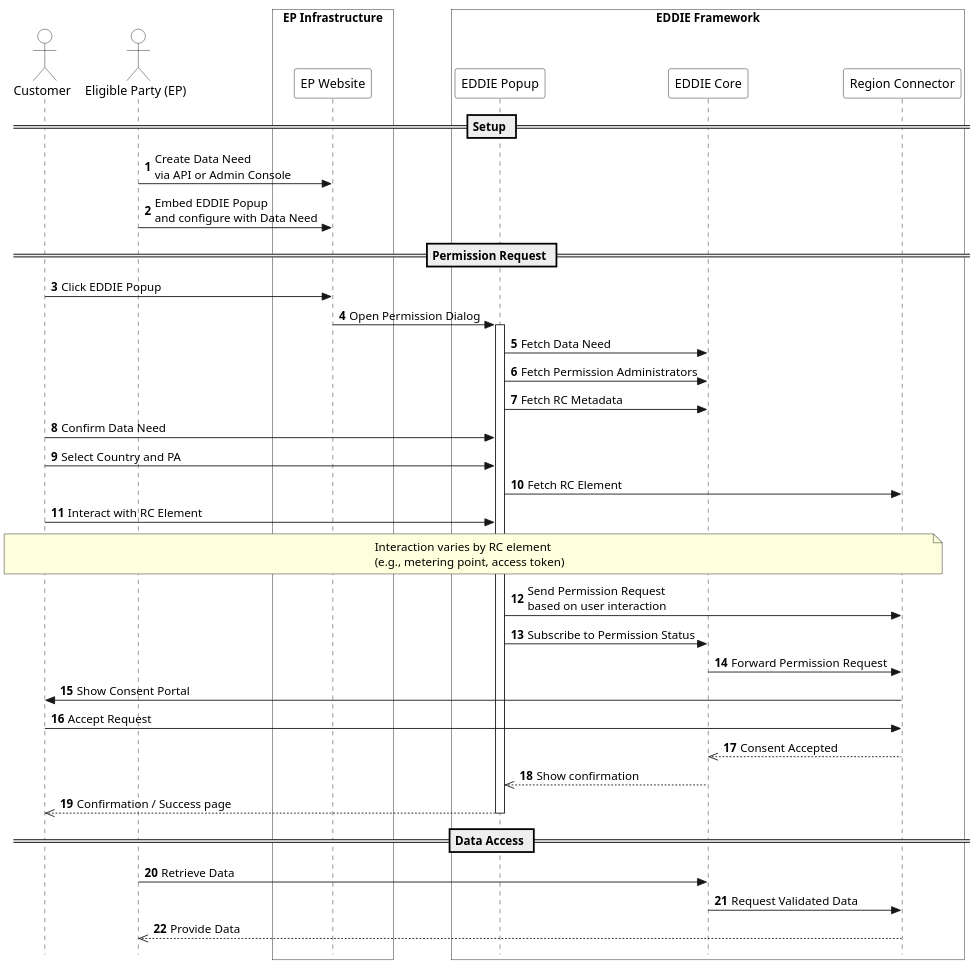
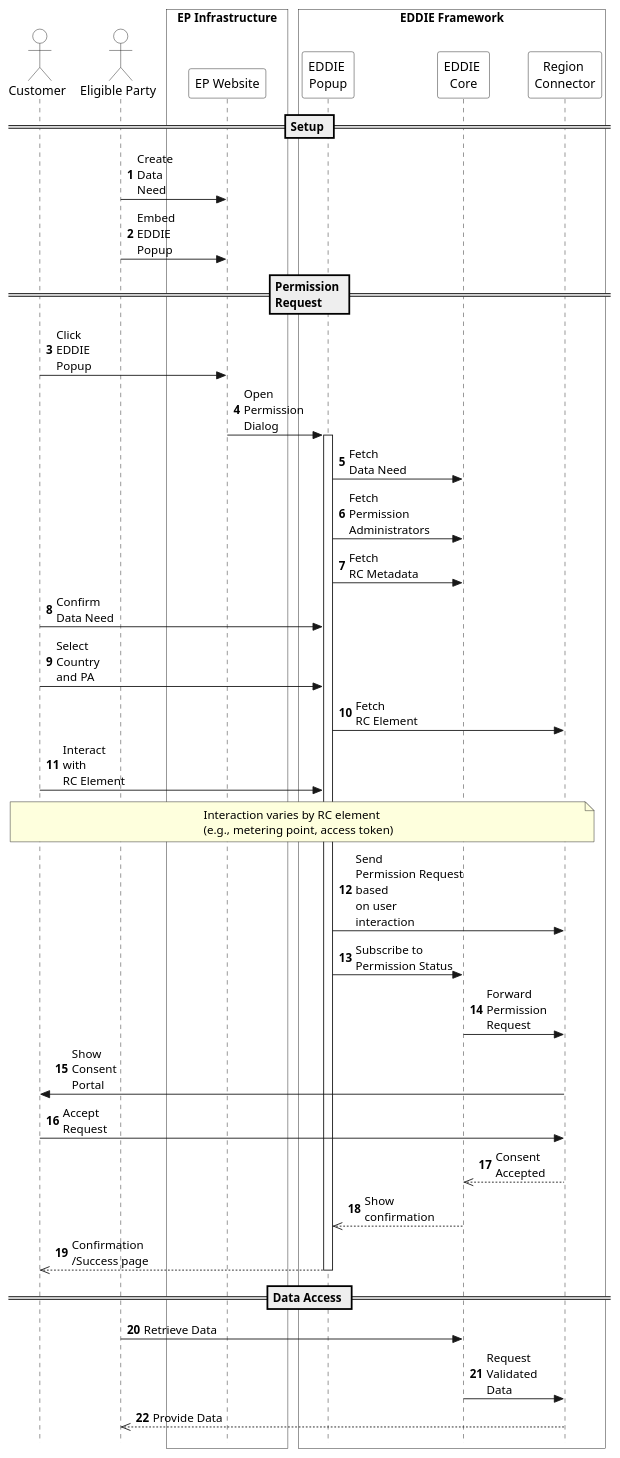
Before and after one commit to eddie-energy/architecture: the diagram in arc42/eddie-framework/runtime-view/figures/eddie-framework-request-permission.puml, drawn with PlantUML. The commit also changed 10 other files, not shown here.

```diff
--- a/arc42/eddie-framework/runtime-view/figures/eddie-framework-request-permission.puml
+++ b/arc42/eddie-framework/runtime-view/figures/eddie-framework-request-permission.puml
@@ -1,63 +1,63 @@
 @startuml eddie-framework-permission-request
 
 skinparam style strictuml
 skinparam sequence {
   ParticipantBackgroundColor transparent
   ActorBackgroundColor transparent
 }
 
 autonumber
 !pragma teoz true
 
 actor "Customer" as customer
-actor "Eligible Party (EP)" as ep
+actor "Eligible Party" as ep
 
 box "EP Infrastructure" #transparent
   participant "EP Website" as epApp
 end box
 
 box "EDDIE Framework" #transparent
-  participant "EDDIE Popup" as popup
-  participant "EDDIE Core" as core
-  participant "Region Connector" as rc
+  participant "EDDIE \nPopup" as popup
+  participant "EDDIE \nCore" as core
+  participant "Region \nConnector" as rc
 end box
 
 == Setup ==
-ep -> epApp : Create Data Need\nvia API or Admin Console
-ep -> epApp : Embed EDDIE Popup\nand configure with Data Need
+ep -> epApp : Create \nData \nNeed
+ep -> epApp : Embed \nEDDIE \nPopup
 
-== Permission Request ==
-customer -> epApp : Click EDDIE Popup
-epApp -> popup : Open Permission Dialog
+== Permission \nRequest ==
+customer -> epApp : Click \nEDDIE \nPopup
+epApp -> popup : Open \nPermission \nDialog
 activate popup
 
 ' --- Detailed permission interaction ---
-popup -> core : Fetch Data Need
-popup -> core : Fetch Permission Administrators
-popup -> core : Fetch RC Metadata
-customer -> popup : Confirm Data Need
-customer -> popup : Select Country and PA
-popup -> rc : Fetch RC Element
-customer -> popup : Interact with RC Element
+popup -> core : Fetch \nData Need
+popup -> core : Fetch \nPermission \nAdministrators
+popup -> core : Fetch \nRC Metadata
+customer -> popup : Confirm \nData Need
+customer -> popup : Select \nCountry \nand PA
+popup -> rc : Fetch \nRC Element
+customer -> popup : Interact \nwith \nRC Element
 note over customer, rc
   Interaction varies by RC element
   (e.g., metering point, access token)
 end note
-popup -> rc : Send Permission Request\nbased on user interaction
-popup -> core : Subscribe to Permission Status
+popup -> rc : Send \nPermission Request\nbased \non user \ninteraction
+popup -> core : Subscribe to \nPermission Status
 ' --- End detailed interaction ---
 
-core -> rc : Forward Permission Request
-rc -> customer : Show Consent Portal
-customer -> rc : Accept Request
-rc -->> core : Consent Accepted
-core -->> popup : Show confirmation
-popup -->> customer : Confirmation / Success page
+core -> rc : Forward \nPermission \nRequest
+rc -> customer : Show \nConsent \nPortal
+customer -> rc : Accept \nRequest
+rc -->> core : Consent \nAccepted
+core -->> popup : Show \nconfirmation
+popup -->> customer : Confirmation \n/Success page
 deactivate popup
 
 == Data Access ==
 ep -> core : Retrieve Data
-core -> rc : Request Validated Data
+core -> rc : Request \nValidated \nData
 rc -->> ep : Provide Data
 
 @enduml
```
